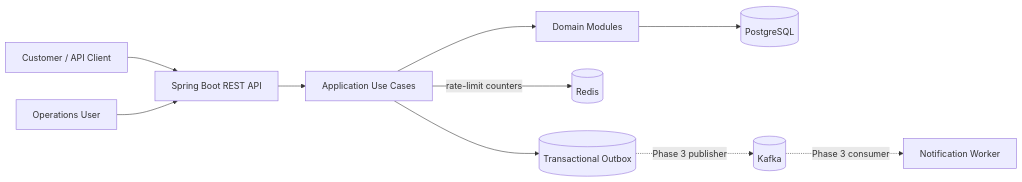
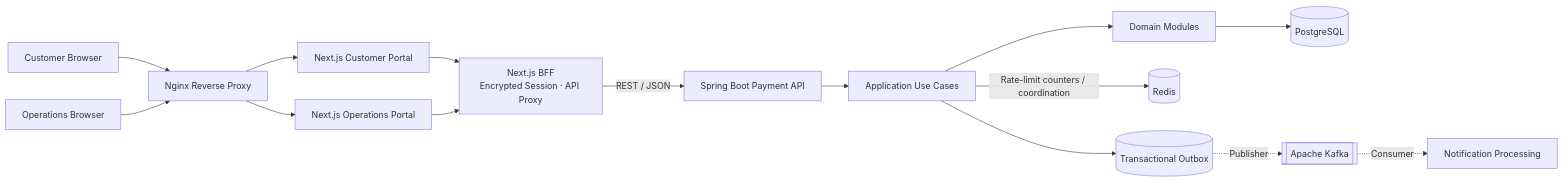
Before and after one commit to cyrushun/enterprise-payment-platform: the second of 2 diagrams in docs/architecture/system-architecture.md, drawn with Mermaid. The commit also changed other lines of this file and 87 other files, not shown here.

````diff
--- a/docs/architecture/system-architecture.md
+++ b/docs/architecture/system-architecture.md
@@ -11,12 +103,17 @@
 ```mermaid
 flowchart LR
-    Customer[Customer / API Client] --> API[Spring Boot REST API]
-    Operator[Operations User] --> API
-    API --> App[Application Use Cases]
-    App --> Domain[Domain Modules]
-    Domain --> DB[(PostgreSQL)]
-    App -->|rate-limit counters| Cache[(Redis)]
-    App --> Outbox[(Transactional Outbox)]
-    Outbox -. Phase 3 publisher .-> Kafka[(Kafka)]
-    Kafka -. Phase 3 consumer .-> Notify[Notification Worker]
+    Customer["Customer Browser"] --> Nginx["Nginx Reverse Proxy"]
+    Operator["Operations Browser"] --> Nginx
+    Nginx --> Web["Next.js Customer Portal"]
+    Nginx --> OpsWeb["Next.js Operations Portal"]
+    Web --> BFF["Next.js BFF<br/>Encrypted Session · API Proxy"]
+    OpsWeb --> BFF
+    BFF -->|REST / JSON| API["Spring Boot Payment API"]
+    API --> App["Application Use Cases"]
+    App --> Domain["Domain Modules"]
+    Domain --> DB[("PostgreSQL")]
+    App -->|Rate-limit counters / coordination| Cache[("Redis")]
+    App --> Outbox[("Transactional Outbox")]
+    Outbox -. Publisher .-> Kafka[["Apache Kafka"]]
+    Kafka -. Consumer .-> Notify["Notification Processing"]
 ```
````
